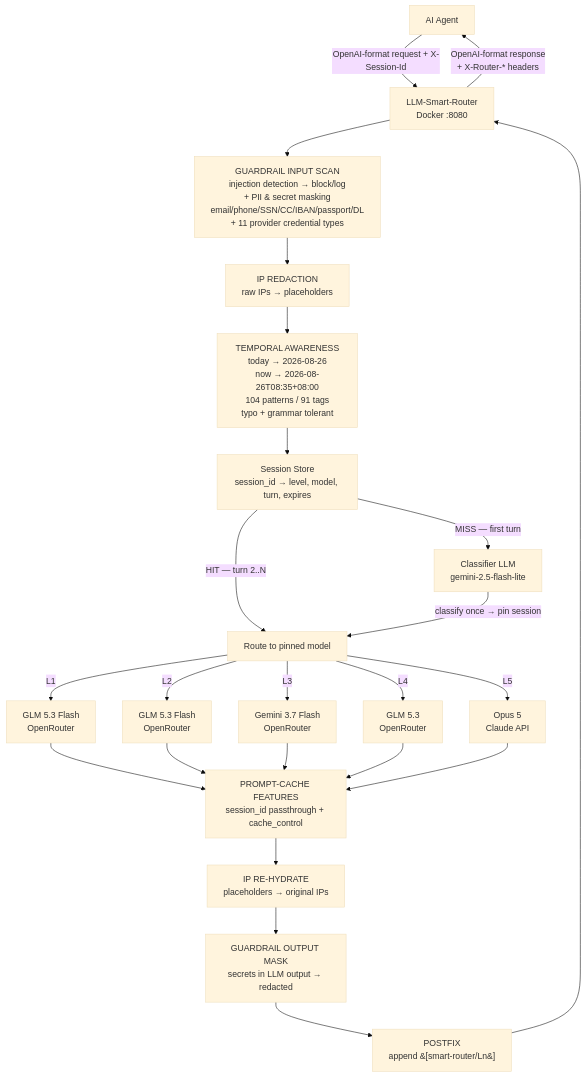
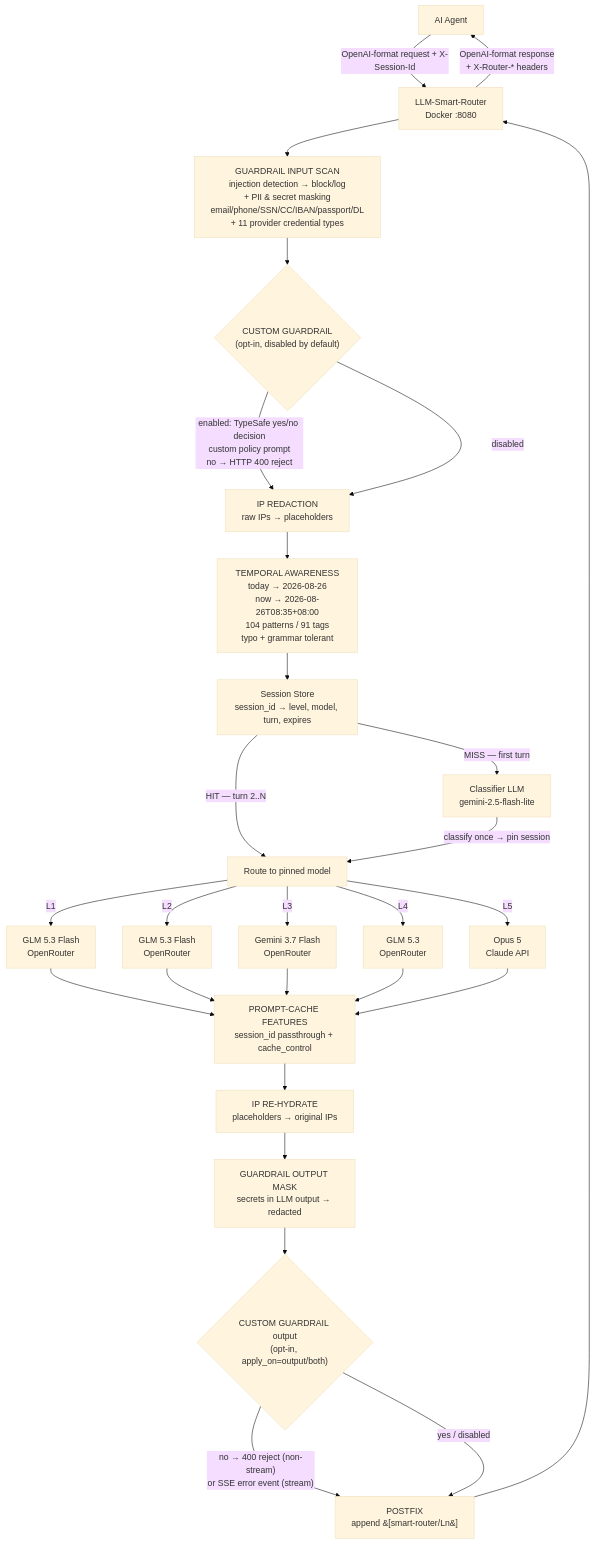
The first of 2 diagrams in llm-smart-router-spec.md (Green-Needle-Tech/llm-smart-router), drawn with Mermaid (base theme) before and after one commit. The commit also changed other lines of this file and 1 other file, not shown here.

Commit message:
docs: add custom guardrail to README and spec mermaid diagrams
- README flowchart: opt-in custom guardrail decision node after input
  guardrails (enabled? -> TypeSafe yes/no, no -> 400 reject) and output
  check node before response masking
- spec 1.3 user flow: same input decision + output check before postfix
- spec 2.2 lifecycle: step 2b-2 (input) and 10c-2 (output) added
- all 3 diagrams validated with mermaid v11 parse (OK)

````diff
--- a/llm-smart-router-spec.md
+++ b/llm-smart-router-spec.md
@@ -40,30 +40,34 @@
 ```mermaid
 flowchart TD
     A[AI Agent] -->|"OpenAI-format request + X-Session-Id"| B["LLM-Smart-Router<br/>Docker :8080"]
     B -->|"OpenAI-format response<br/>+ X-Router-* headers"| A
     B --> G["GUARDRAIL INPUT SCAN<br/>injection detection → block/log<br/>+ PII & secret masking<br/>email/phone/SSN/CC/IBAN/passport/DL<br/>+ 11 provider credential types"]
-    G --> P["IP REDACTION<br/>raw IPs → placeholders"]
+    G --> CG{"CUSTOM GUARDRAIL<br/>(opt-in, disabled by default)"}
+    CG -->|"enabled: TypeSafe yes/no decision<br/>custom policy prompt<br/>no → HTTP 400 reject"| P["IP REDACTION<br/>raw IPs → placeholders"]
+    CG -->|disabled| P
     P --> P2T["TEMPORAL AWARENESS\ntoday → 2026-08-26\nnow → 2026-08-26T08:35+08:00\n104 patterns / 91 tags\ntypo + grammar tolerant"]
     P2T --> S["Session Store<br/>session_id → level, model, turn, expires"]
 
     S -->|"MISS — first turn"| C["Classifier LLM<br/>gemini-2.5-flash-lite"]
     S -->|"HIT — turn 2..N"| R["Route to pinned model"]
 
     C -->|"classify once → pin session"| R
 
     R -->|"L1"| M1["GLM 5.3 Flash<br/>OpenRouter"]
     R -->|"L2"| M2["GLM 5.3 Flash<br/>OpenRouter"]
     R -->|"L3"| M3["Gemini 3.7 Flash<br/>OpenRouter"]
     R -->|"L4"| M4["GLM 5.3<br/>OpenRouter"]
     R -->|"L5"| M5["Opus 5<br/>Claude API"]
 
     M1 --> PC["PROMPT-CACHE FEATURES<br/>session_id passthrough + cache_control"]
     M2 --> PC
     M3 --> PC
     M4 --> PC
     M5 --> PC
     PC --> RH["IP RE-HYDRATE<br/>placeholders → original IPs"]
     RH --> OM["GUARDRAIL OUTPUT MASK<br/>secrets in LLM output → redacted"]
-    OM --> PF["POSTFIX<br/>append &#91;smart-router/Ln&#93;"]
+    OM --> CGO{"CUSTOM GUARDRAIL output<br/>(opt-in, apply_on=output/both)"}
+    CGO -->|"no → 400 reject (non-stream)<br/>or SSE error event (stream)"| PF["POSTFIX<br/>append &#91;smart-router/Ln&#93;"]
+    CGO -->|yes / disabled| PF
     PF --> B
 ```
````
